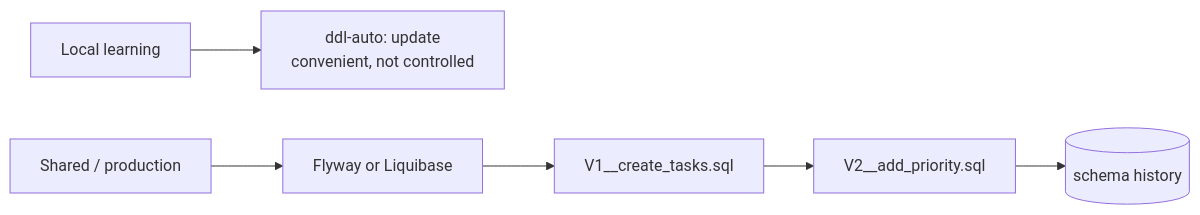
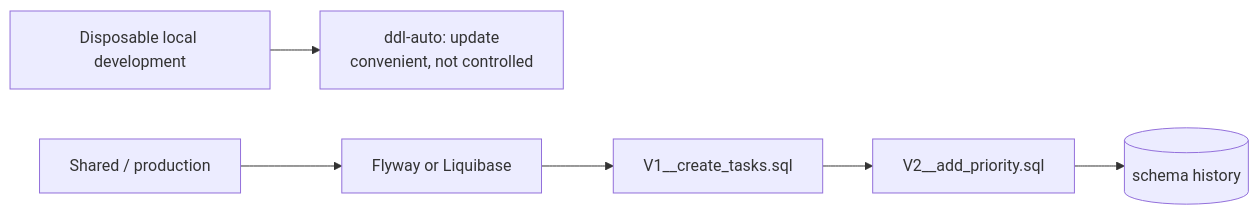
Before and after one commit to SidheshwarSarangal/spring-boot-project-blueprint: the seventh of 10 diagrams in docs/05-database-and-jpa.md, drawn with Mermaid. The commit also changed other lines of this file and 17 other files, not shown here.

````diff
--- a/docs/05-database-and-jpa.md
+++ b/docs/05-database-and-jpa.md
@@ -98,8 +98,8 @@
 ```mermaid
 flowchart LR
-    Dev["Local learning"] --> Update["ddl-auto: update<br/>convenient, not controlled"]
+    Dev["Disposable local development"] --> Update["ddl-auto: update<br/>convenient, not controlled"]
     Prod["Shared / production"] --> Migration["Flyway or Liquibase"]
     Migration --> V1["V1__create_tasks.sql"]
     V1 --> V2["V2__add_priority.sql"]
     V2 --> History[("schema history")]
 ```
````
